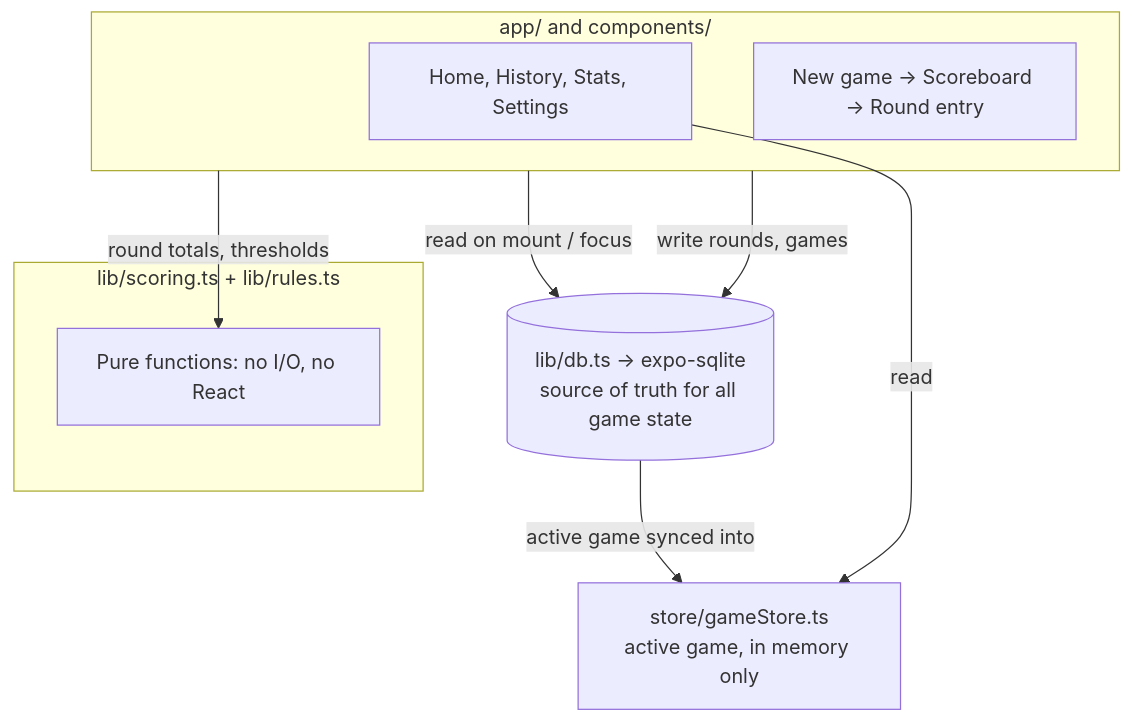
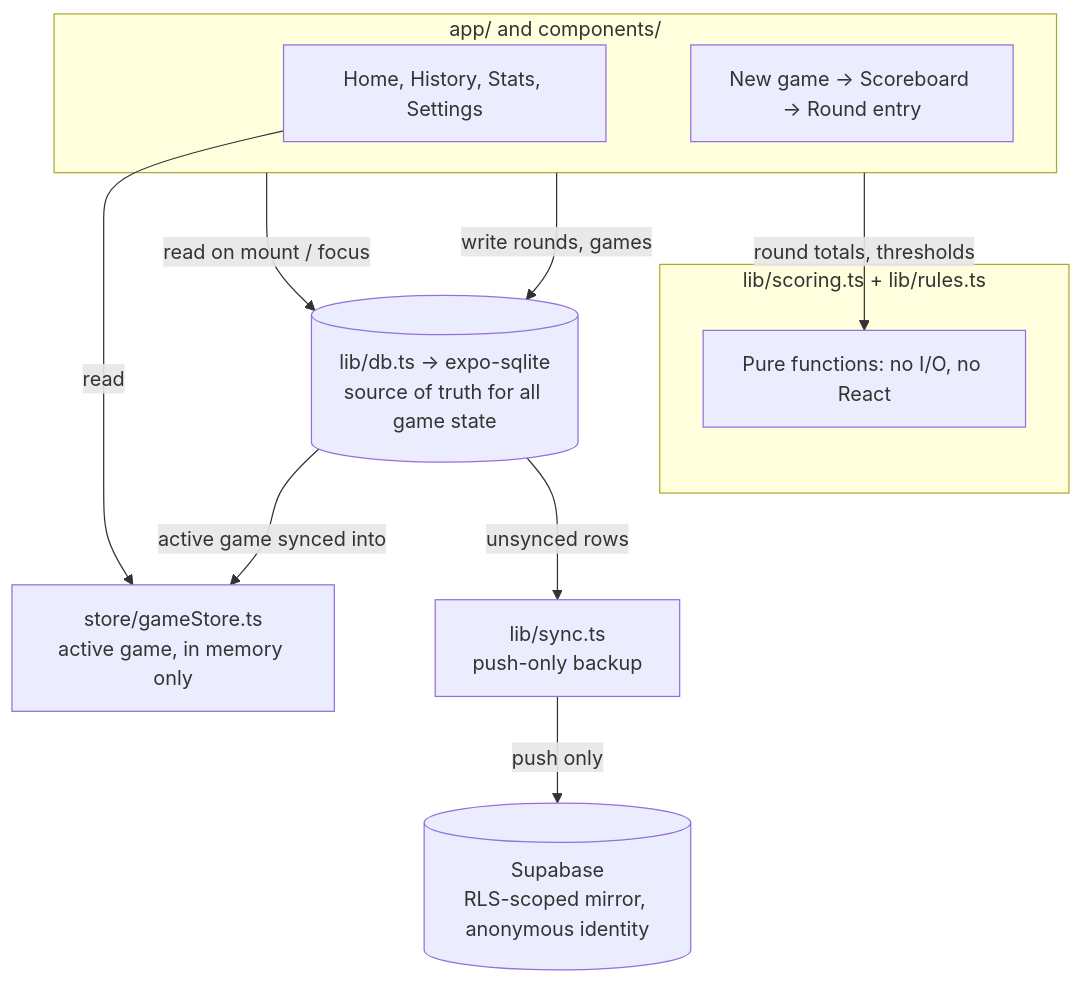
Before and after one commit to omarsaouri/rami-scoring-app: the diagram in ARCHITECTURE.md, drawn with Mermaid. The commit also changed other lines of this file and 2 other files, not shown here.

Commit message:
Document backup sync in project docs

````diff
--- a/ARCHITECTURE.md
+++ b/ARCHITECTURE.md
@@ -30,20 +30,24 @@
 ```mermaid
 flowchart TD
     subgraph UI["app/ and components/"]
         Tabs["Home, History, Stats, Settings"]
         GameFlow["New game → Scoreboard → Round entry"]
     end
 
     Store["store/gameStore.ts\nactive game, in memory only"]
     DB[("lib/db.ts → expo-sqlite\nsource of truth for all game state")]
+    Sync["lib/sync.ts\npush-only backup"]
+    Supa[("Supabase\nRLS-scoped mirror, anonymous identity")]
 
     subgraph Logic["lib/scoring.ts + lib/rules.ts"]
         Pure["Pure functions: no I/O, no React"]
     end
 
     UI -- "read on mount / focus" --> DB
     UI -- "write rounds, games" --> DB
     DB -- "active game synced into" --> Store
     Tabs -- "read" --> Store
     UI -- "round totals, thresholds" --> Pure
+    DB -- "unsynced rows" --> Sync
+    Sync -- "push only" --> Supa
 ```
````
